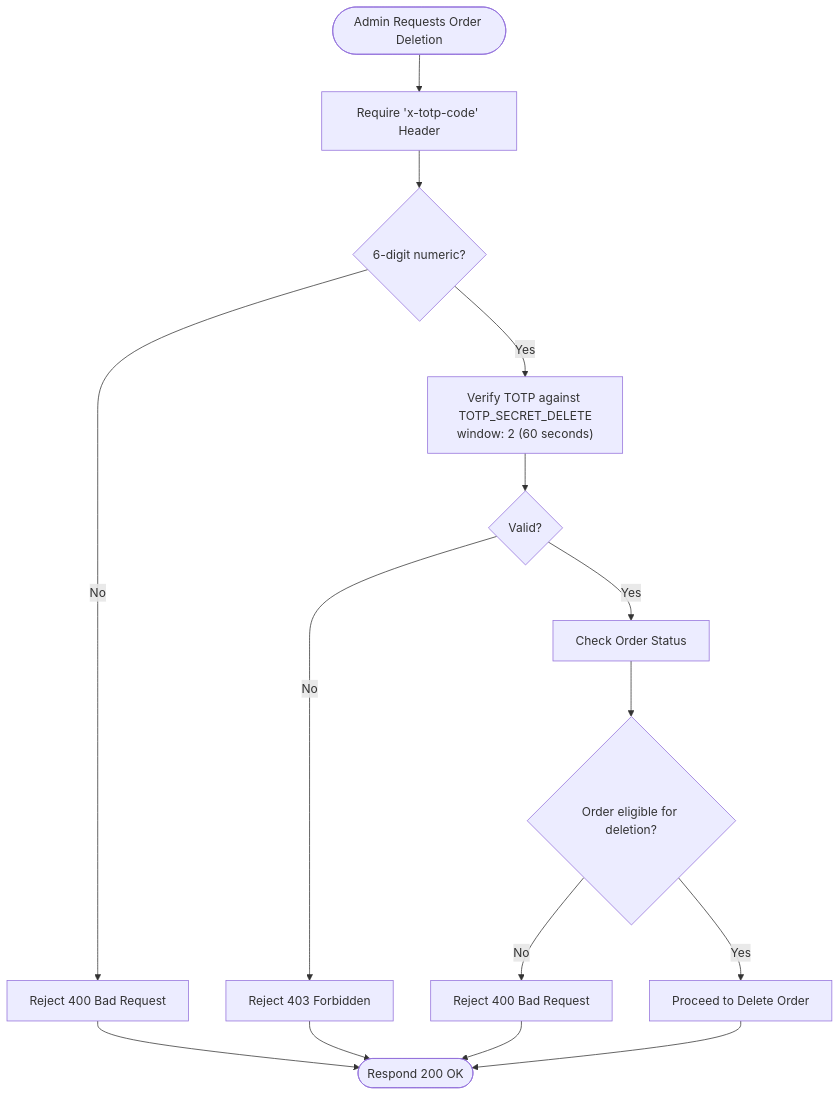
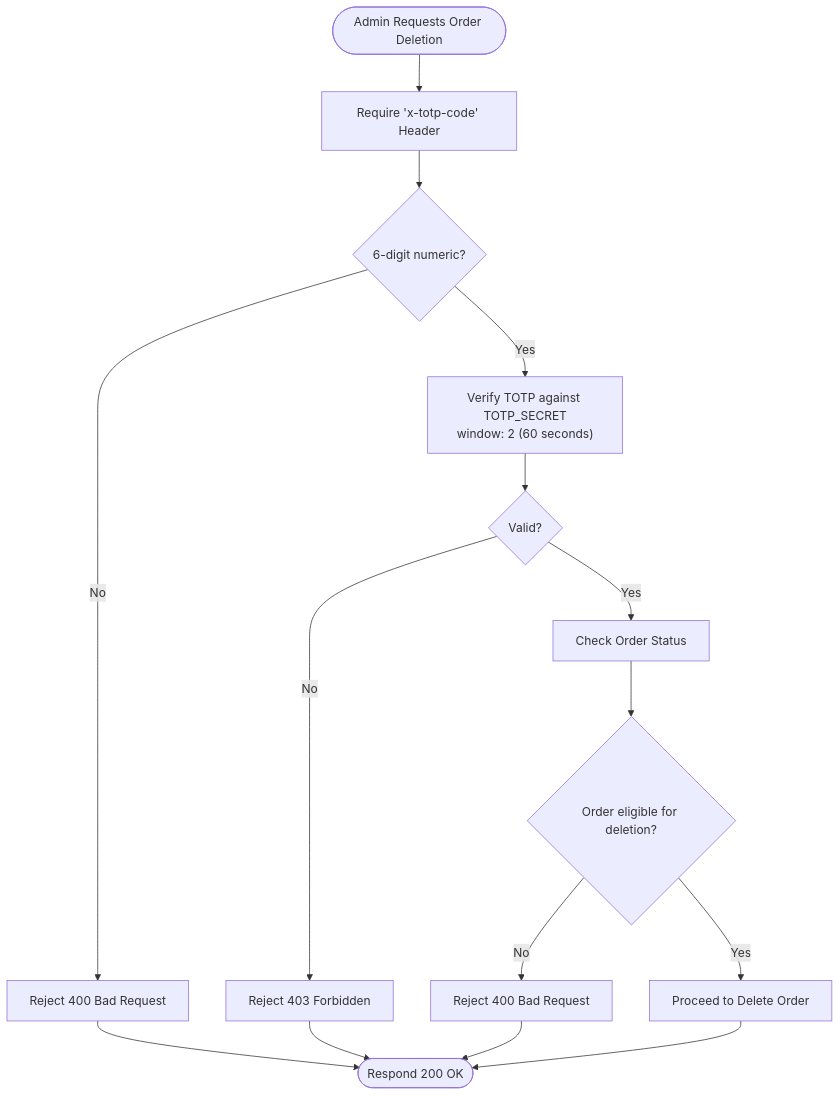
One commit to SirD33k/activezone changed the fourth of 10 diagrams in .qoder/repowiki/en/content/Security Implementation.md. Above: the diagram before and after it, drawn with Mermaid. The commit also changed other lines of this file and 2 other files, not shown here.

````diff
--- a/.qoder/repowiki/en/content/Security Implementation.md
+++ b/.qoder/repowiki/en/content/Security Implementation.md
@@ -170,17 +184,17 @@
 ```mermaid
 flowchart TD
 Start(["Admin Requests Order Deletion"]) --> RequireHeader["Require 'x-totp-code' Header"]
 RequireHeader --> ValidateFormat{"6-digit numeric?"}
 ValidateFormat --> |No| Reject["Reject 400 Bad Request"]
-ValidateFormat --> |Yes| VerifyTOTP["Verify TOTP against TOTP_SECRET_DELETE<br/>window: 2 (60 seconds)"]
+ValidateFormat --> |Yes| VerifyTOTP["Verify TOTP against TOTP_SECRET<br/>window: 2 (60 seconds)"]
 VerifyTOTP --> Valid{"Valid?"}
 Valid --> |No| Deny["Reject 403 Forbidden"]
 Valid --> |Yes| CheckOrder["Check Order Status"]
 CheckOrder --> OrderAllowed{"Order eligible for deletion?"}
 OrderAllowed --> |No| Block["Reject 400 Bad Request"]
 OrderAllowed --> |Yes| Proceed["Proceed to Delete Order"]
 Proceed --> End(["Respond 200 OK"])
 Reject --> End
 Deny --> End
 Block --> End
 ```
````
